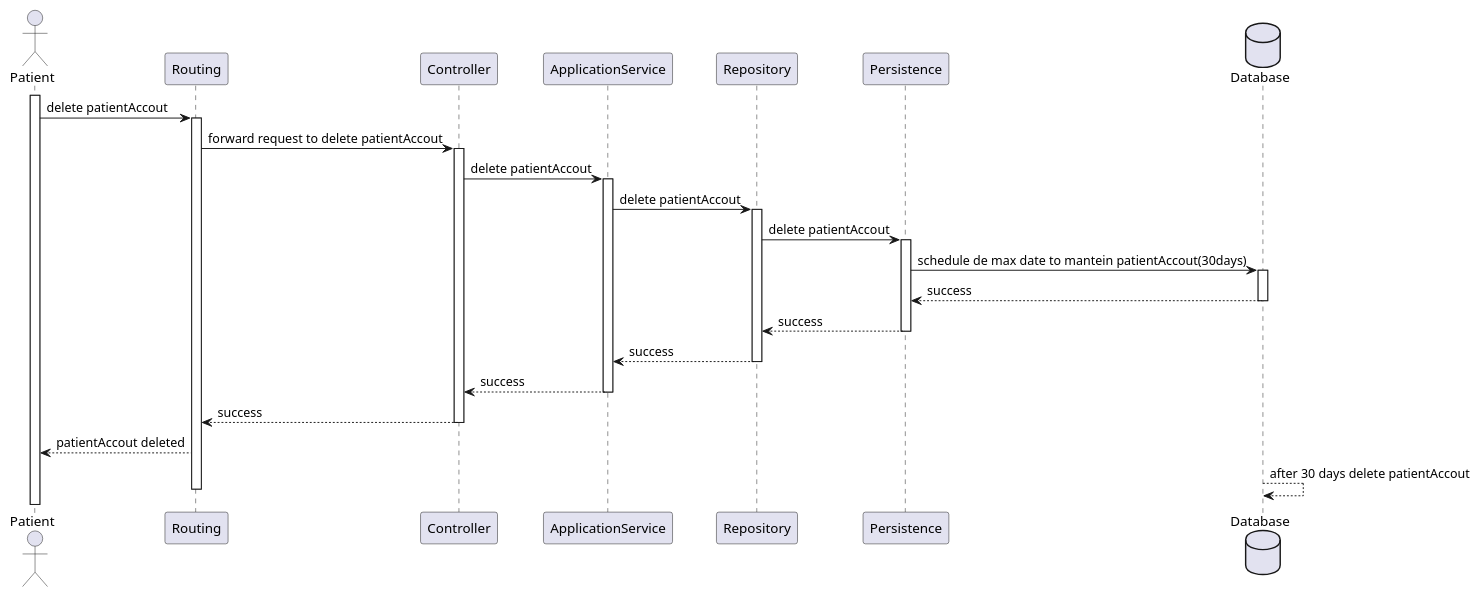
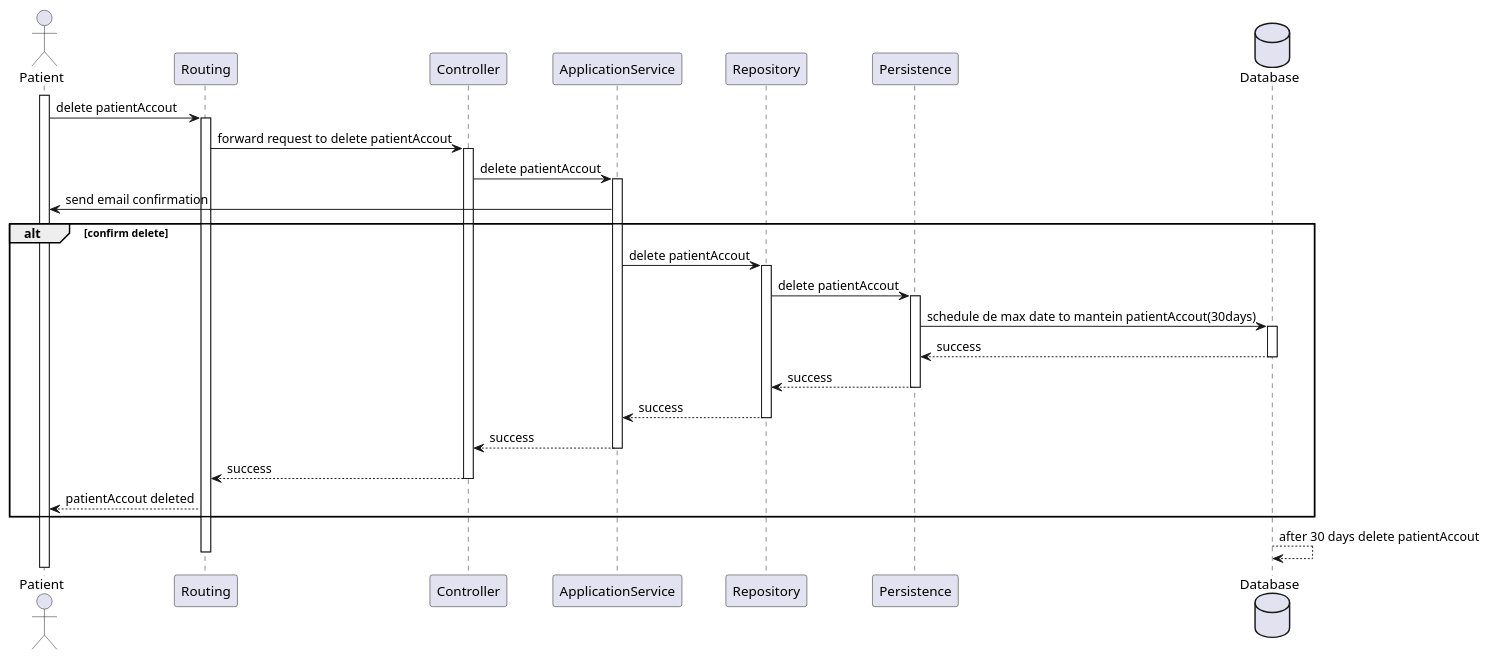
Before and after one commit to MateusCabral2004/sem5pi: the diagram in docs/Sprint 1/US 5.1.5/SequenceDiagram/Level3/SequenceDiagram.puml, drawn with PlantUML. The commit also changed 2 other files, not shown here.

```diff
--- a/docs/Sprint 1/US 5.1.5/SequenceDiagram/Level3/SequenceDiagram.puml
+++ b/docs/Sprint 1/US 5.1.5/SequenceDiagram/Level3/SequenceDiagram.puml
@@ -1,49 +1,51 @@
 @startuml
 actor Patient
 participant Routing
 participant Controller
 participant ApplicationService
 participant Repository
 participant Persistence
 database Database
 
 activate Patient
 Patient -> Routing: delete patientAccout
+
 activate Routing
 
 Routing -> Controller: forward request to delete patientAccout
 activate Controller
 
 
 Controller -> ApplicationService: delete patientAccout
 activate ApplicationService
-
+ApplicationService -> Patient: send email confirmation
+alt confirm delete
 ApplicationService -> Repository: delete patientAccout
 activate Repository
 
 Repository -> Persistence: delete patientAccout
 activate Persistence
 
 Persistence -> Database: schedule de max date to mantein patientAccout(30days)
 activate Database
 
 Database --> Persistence: success
 deactivate Database
 
 Persistence --> Repository: success
 deactivate Persistence
 
 Repository --> ApplicationService: success
 deactivate Repository
 
 ApplicationService --> Controller: success
 deactivate ApplicationService
 
 Controller --> Routing: success
 deactivate Controller
 
 Routing --> Patient:    patientAccout deleted
+end
 Database -->Database:after 30 days delete patientAccout
 deactivate Routing
-
 @enduml
```
